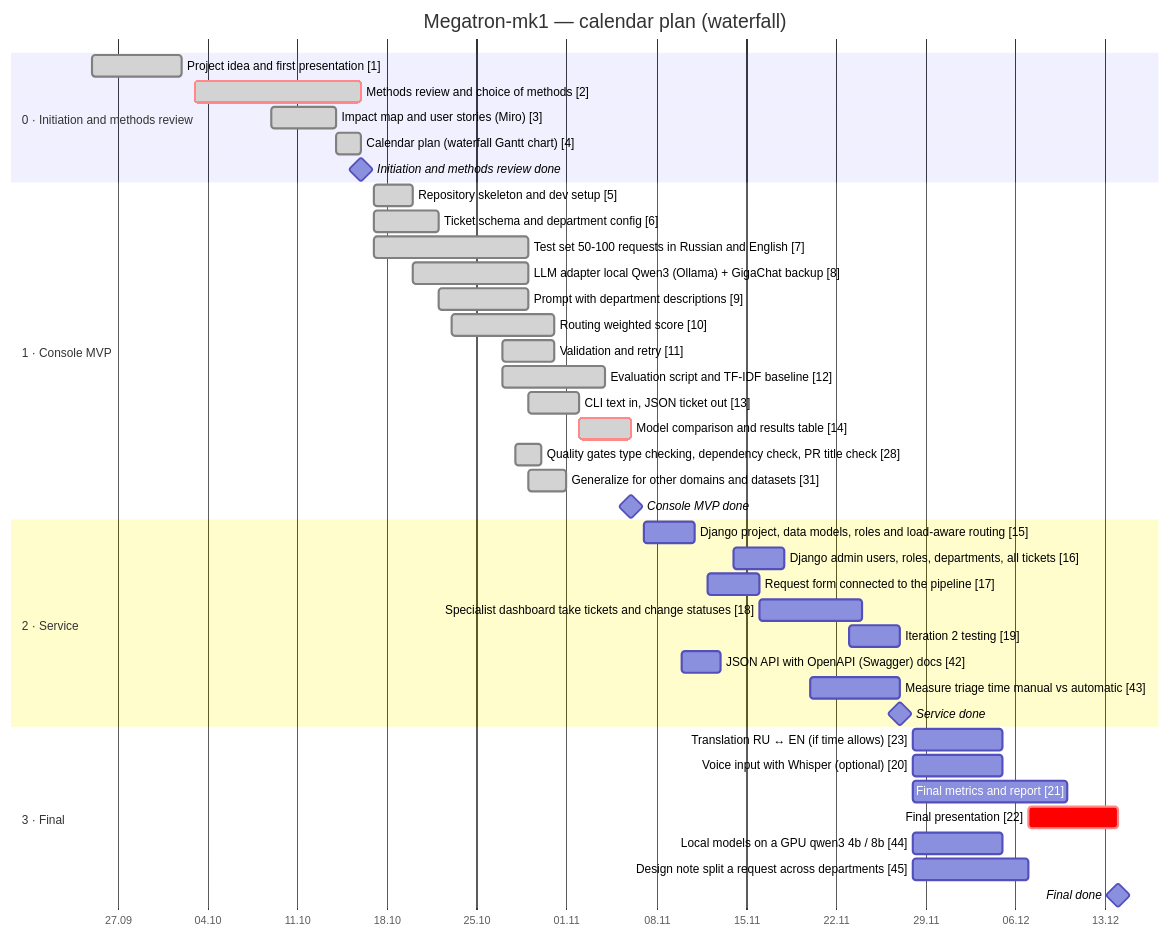
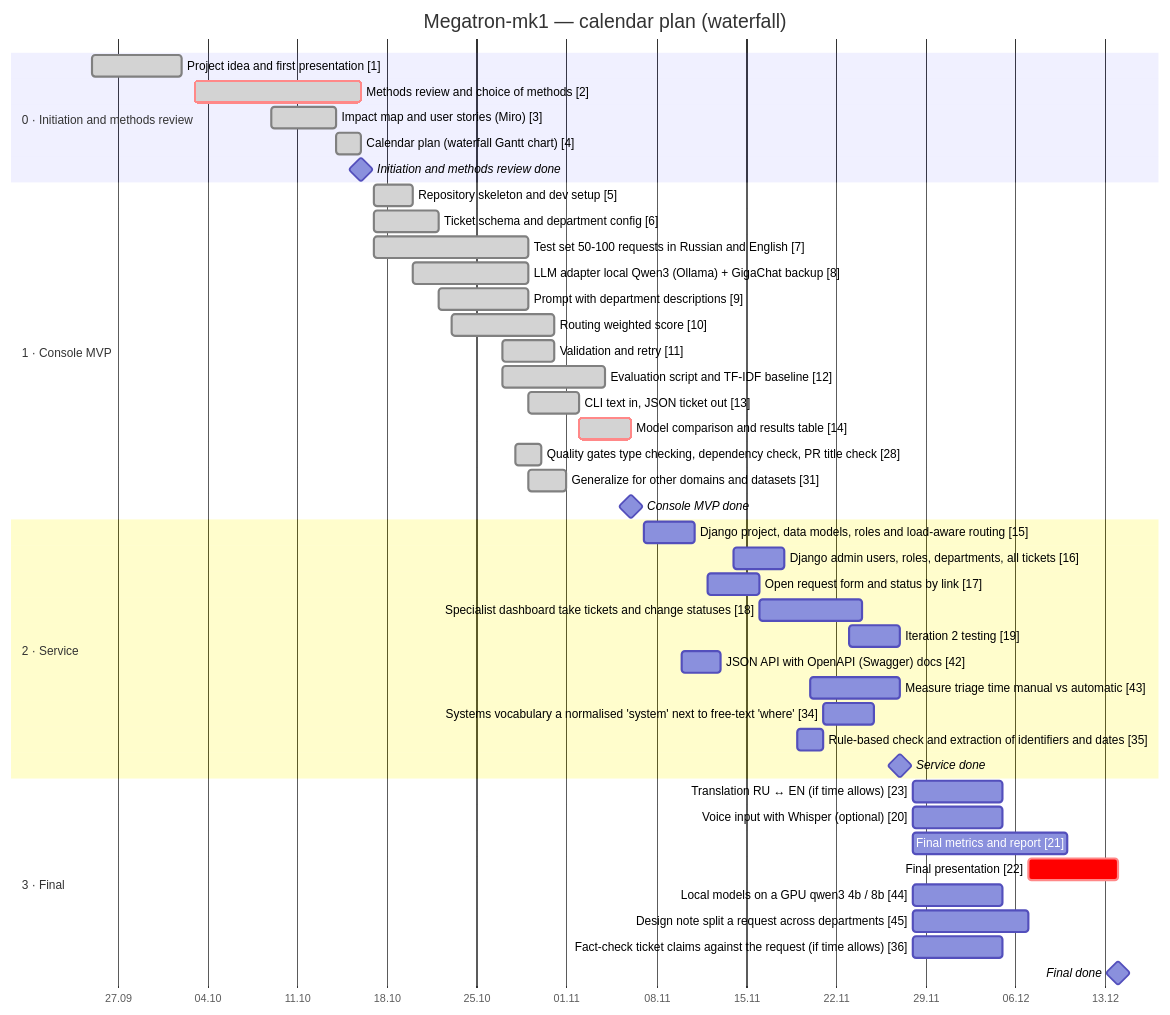
Before and after one commit to Leenday/support_megatron_mk1: the diagram in README.md, drawn with Mermaid. The commit also changed other lines of this file and 29 other files, not shown here.

````diff
--- a/README.md
+++ b/README.md
@@ -80,44 +90,47 @@
 ```mermaid
 gantt
     title Megatron-mk1 — calendar plan (waterfall)
     dateFormat YYYY-MM-DD
     axisFormat %d.%m
     todayMarker on
     section 0 · Initiation and methods review
     Project idea and first presentation [1] :done, t1, 2026-09-25, 2026-10-02
     Methods review and choice of methods [2] :done, crit, t2, 2026-10-03, 2026-10-16
     Impact map and user stories (Miro) [3] :done, t3, 2026-10-09, 2026-10-14
     Calendar plan (waterfall Gantt chart) [4] :done, t4, 2026-10-14, 2026-10-16
     Initiation and methods review done :milestone, m0, 2026-10-16, 0d
     section 1 · Console MVP
     Repository skeleton and dev setup [5] :done, t5, 2026-10-17, 2026-10-20
     Ticket schema and department config [6] :done, t6, 2026-10-17, 2026-10-22
     Test set 50-100 requests in Russian and English [7] :done, t7, 2026-10-17, 2026-10-29
     LLM adapter local Qwen3 (Ollama) + GigaChat backup [8] :done, t8, 2026-10-20, 2026-10-29
     Prompt with department descriptions [9] :done, t9, 2026-10-22, 2026-10-29
     Routing weighted score [10] :done, t10, 2026-10-23, 2026-10-31
     Validation and retry [11] :done, t11, 2026-10-27, 2026-10-31
     Evaluation script and TF-IDF baseline [12] :done, t12, 2026-10-27, 2026-11-04
     CLI text in, JSON ticket out [13] :done, t13, 2026-10-29, 2026-11-02
     Model comparison and results table [14] :done, crit, t14, 2026-11-02, 2026-11-06
     Quality gates type checking, dependency check, PR title check [28] :done, t28, 2026-10-28, 2026-10-30
     Generalize for other domains and datasets [31] :done, t31, 2026-10-29, 2026-11-01
     Console MVP done :milestone, m1, 2026-11-06, 0d
     section 2 · Service
     Django project, data models, roles and load-aware routing [15] :t15, 2026-11-07, 2026-11-11
     Django admin users, roles, departments, all tickets [16] :t16, 2026-11-14, 2026-11-18
-    Request form connected to the pipeline [17] :t17, 2026-11-12, 2026-11-16
+    Open request form and status by link [17] :t17, 2026-11-12, 2026-11-16
     Specialist dashboard take tickets and change statuses [18] :t18, 2026-11-16, 2026-11-24
     Iteration 2 testing [19] :t19, 2026-11-23, 2026-11-27
     JSON API with OpenAPI (Swagger) docs [42] :t42, 2026-11-10, 2026-11-13
     Measure triage time manual vs automatic [43] :t43, 2026-11-20, 2026-11-27
+    Systems vocabulary a normalised 'system' next to free-text 'where' [34] :t34, 2026-11-21, 2026-11-25
+    Rule-based check and extraction of identifiers and dates [35] :t35, 2026-11-19, 2026-11-21
     Service done :milestone, m2, 2026-11-27, 0d
     section 3 · Final
     Translation RU ↔ EN (if time allows) [23] :t23, 2026-11-28, 2026-12-05
     Voice input with Whisper (optional) [20] :t20, 2026-11-28, 2026-12-05
     Final metrics and report [21] :t21, 2026-11-28, 2026-12-10
     Final presentation [22] :crit, t22, 2026-12-07, 2026-12-14
     Local models on a GPU qwen3 4b / 8b [44] :t44, 2026-11-28, 2026-12-05
     Design note split a request across departments [45] :t45, 2026-11-28, 2026-12-07
+    Fact-check ticket claims against the request (if time allows) [36] :t36, 2026-11-28, 2026-12-05
     Final done :milestone, m3, 2026-12-14, 0d
 ```
````
